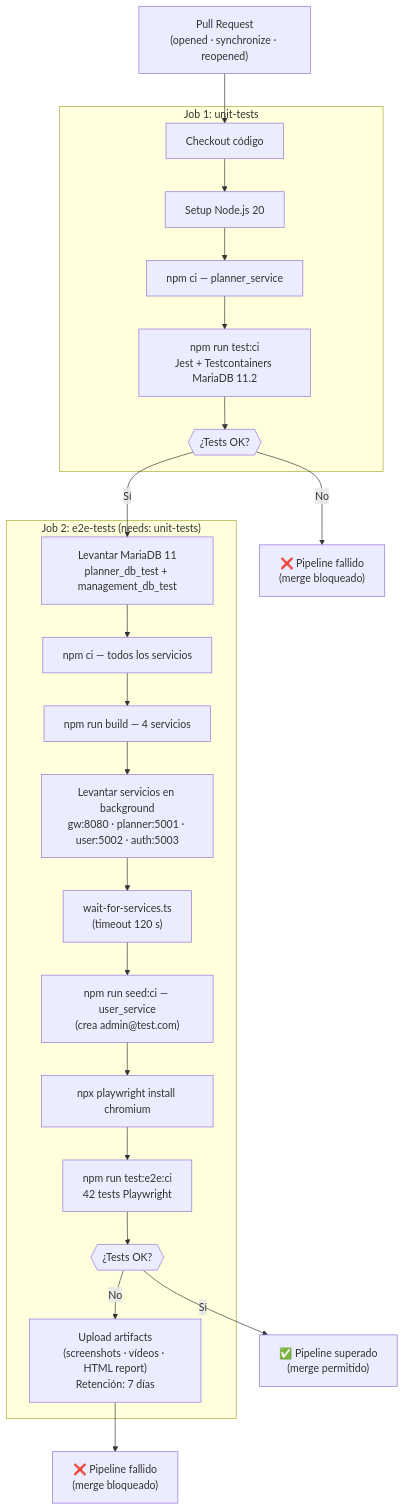
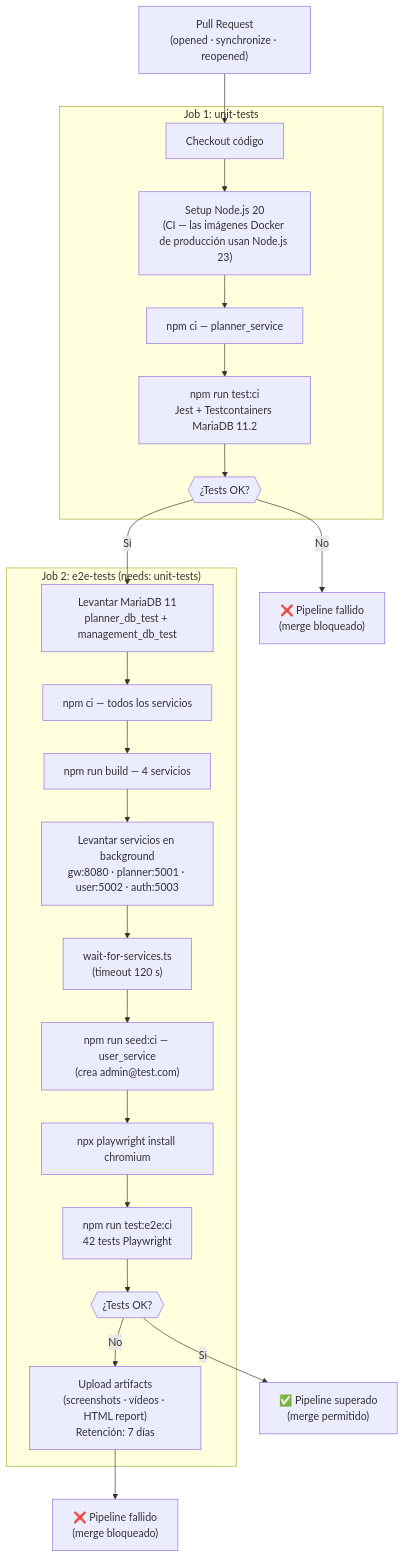
The third of 3 diagrams in docs/capitulo6_implementacion.md (Murias10/TeachingPlanner), drawn with Mermaid before and after one commit. The commit also changed other lines of this file and 1 other file, not shown here.

````diff
--- a/docs/capitulo6_implementacion.md
+++ b/docs/capitulo6_implementacion.md
@@ -563,32 +565,32 @@
 ```mermaid
 flowchart TD
     PR["Pull Request\n(opened · synchronize · reopened)"]
 
     subgraph "Job 1: unit-tests"
         U1["Checkout código"]
-        U2["Setup Node.js 20"]
+        U2["Setup Node.js 20\n(CI — las imágenes Docker de producción usan Node.js 23)"]
         U3["npm ci — planner_service"]
         U4["npm run test:ci\nJest + Testcontainers MariaDB 11.2"]
         U5{{"¿Tests OK?"}}
     end
 
     subgraph "Job 2: e2e-tests (needs: unit-tests)"
         E1["Levantar MariaDB 11\nplanner_db_test + management_db_test"]
         E2["npm ci — todos los servicios"]
         E3["npm run build — 4 servicios"]
         E4["Levantar servicios en background\ngw:8080 · planner:5001 · user:5002 · auth:5003"]
         E5["wait-for-services.ts\n(timeout 120 s)"]
         E6["npm run seed:ci — user_service\n(crea admin@test.com)"]
         E7["npx playwright install chromium"]
         E8["npm run test:e2e:ci\n42 tests Playwright"]
         E9{{"¿Tests OK?"}}
         E10["Upload artifacts\n(screenshots · vídeos · HTML report)\nRetención: 7 días"]
     end
 
     PR --> U1 --> U2 --> U3 --> U4 --> U5
     U5 -->|"Sí"| E1
     U5 -->|"No"| FAIL1["❌ Pipeline fallido\n(merge bloqueado)"]
     E1 --> E2 --> E3 --> E4 --> E5 --> E6 --> E7 --> E8 --> E9
     E9 -->|"Sí"| OK["✅ Pipeline superado\n(merge permitido)"]
     E9 -->|"No"| E10 --> FAIL2["❌ Pipeline fallido\n(merge bloqueado)"]
 ```
````
